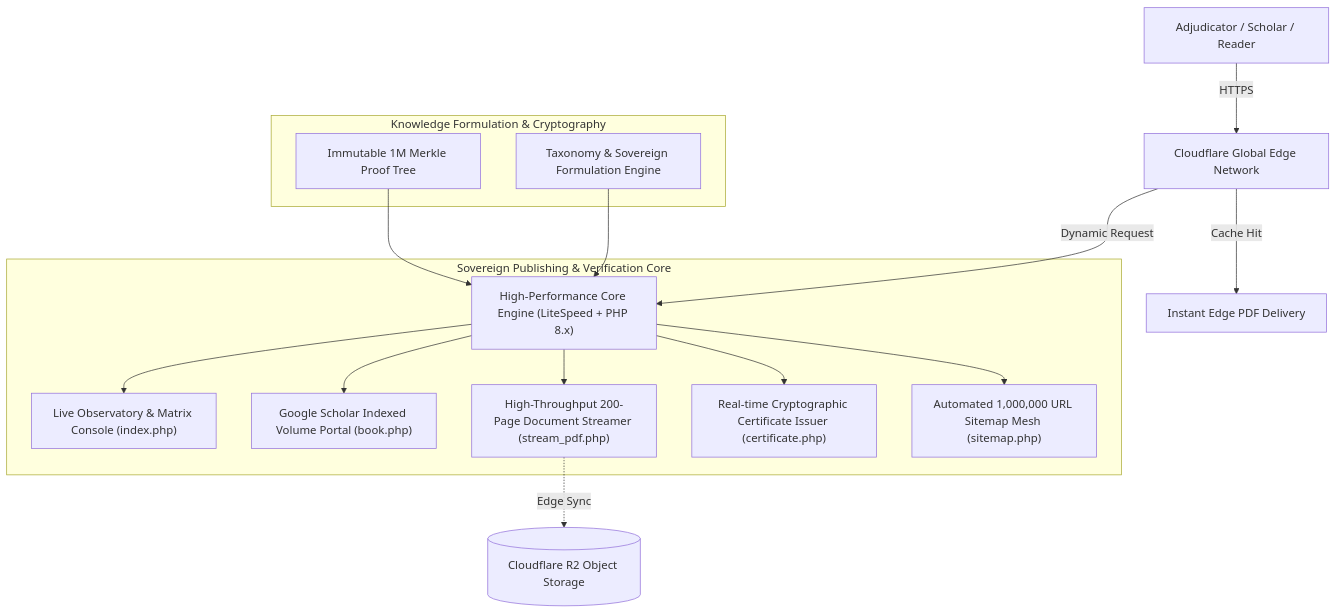
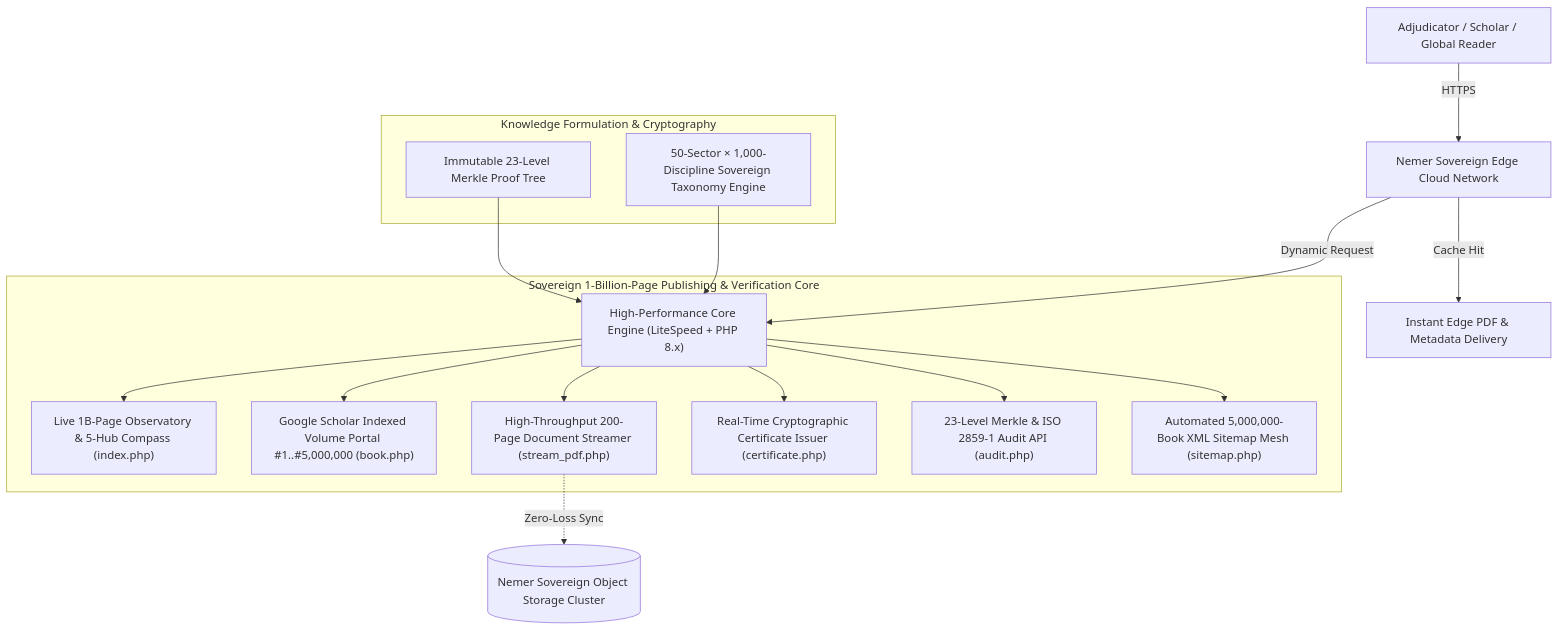
One commit to ElNeMeR70/elnemer-1m-global-encyclopedia changed the diagram in README.md. Above: the diagram before and after it, drawn with Mermaid. The commit also changed other lines of this file and 18 other files, not shown here.

Commit message:
Upgrade to ElNemer 1-Billion-Page Global Encyclopedia (5,000,000 Volumes, 50 Sectors, 1,000 Human-Benefit Disciplines, 78 Languages)

````diff
--- a/README.md
+++ b/README.md
@@ -79,21 +69,22 @@
 ```mermaid
 flowchart TD
-    User["Adjudicator / Scholar / Reader"] -->|HTTPS| Edge["Cloudflare Global Edge Network"]
-    Edge -->|Cache Hit| Delivery["Instant Edge PDF Delivery"]
+    User["Adjudicator / Scholar / Global Reader"] -->|HTTPS| Edge["Nemer Sovereign Edge Cloud Network"]
+    Edge -->|Cache Hit| Delivery["Instant Edge PDF & Metadata Delivery"]
     Edge -->|Dynamic Request| Engine["High-Performance Core Engine (LiteSpeed + PHP 8.x)"]
     
-    subgraph Sovereign_Publishing_Core["Sovereign Publishing & Verification Core"]
-        Engine --> IDX["Live Observatory & Matrix Console (index.php)"]
-        Engine --> BOOK["Google Scholar Indexed Volume Portal (book.php)"]
+    subgraph Sovereign_Publishing_Core["Sovereign 1-Billion-Page Publishing & Verification Core"]
+        Engine --> IDX["Live 1B-Page Observatory & 5-Hub Compass (index.php)"]
+        Engine --> BOOK["Google Scholar Indexed Volume Portal #1..#5,000,000 (book.php)"]
         Engine --> PDF["High-Throughput 200-Page Document Streamer (stream_pdf.php)"]
-        Engine --> CERT["Real-time Cryptographic Certificate Issuer (certificate.php)"]
-        Engine --> SITEMAP["Automated 1,000,000 URL Sitemap Mesh (sitemap.php)"]
+        Engine --> CERT["Real-Time Cryptographic Certificate Issuer (certificate.php)"]
+        Engine --> AUDIT["23-Level Merkle & ISO 2859-1 Audit API (audit.php)"]
+        Engine --> SITEMAP["Automated 5,000,000-Book XML Sitemap Mesh (sitemap.php)"]
     end
     
     subgraph Academic_Taxonomy["Knowledge Formulation & Cryptography"]
-        TAX["Taxonomy & Sovereign Formulation Engine"] --> Engine
-        MERKLE["Immutable 1M Merkle Proof Tree"] --> Engine
+        TAX["50-Sector × 1,000-Discipline Sovereign Taxonomy Engine"] --> Engine
+        MERKLE["Immutable 23-Level Merkle Proof Tree"] --> Engine
     end
 
-    PDF -. Edge Sync .-> Storage[("Cloudflare R2 Object Storage")]
+    PDF -. Zero-Loss Sync .-> Storage[("Nemer Sovereign Object Storage Cluster")]
 ```
````
